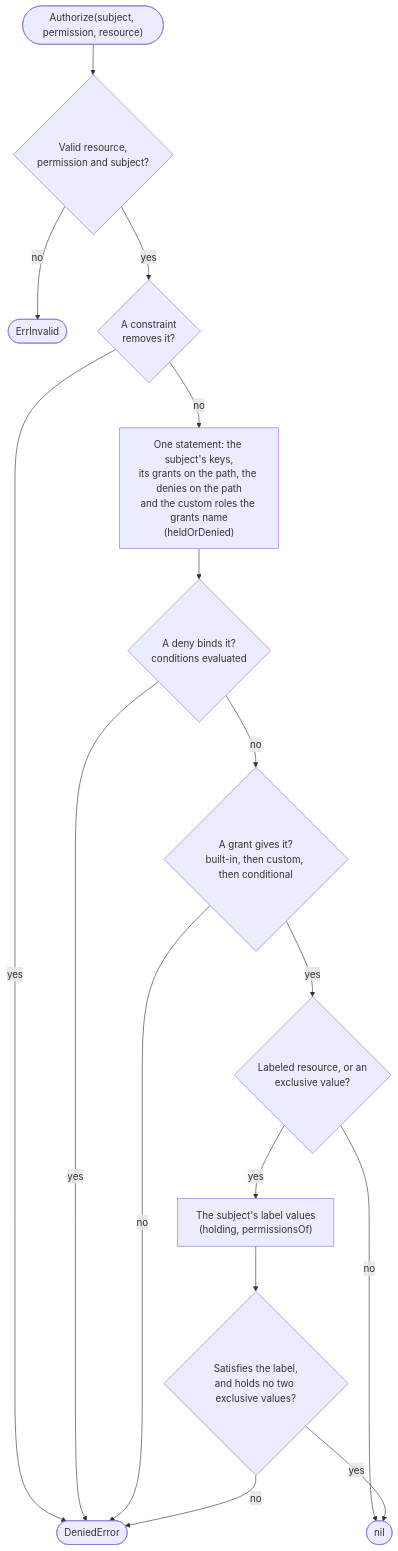
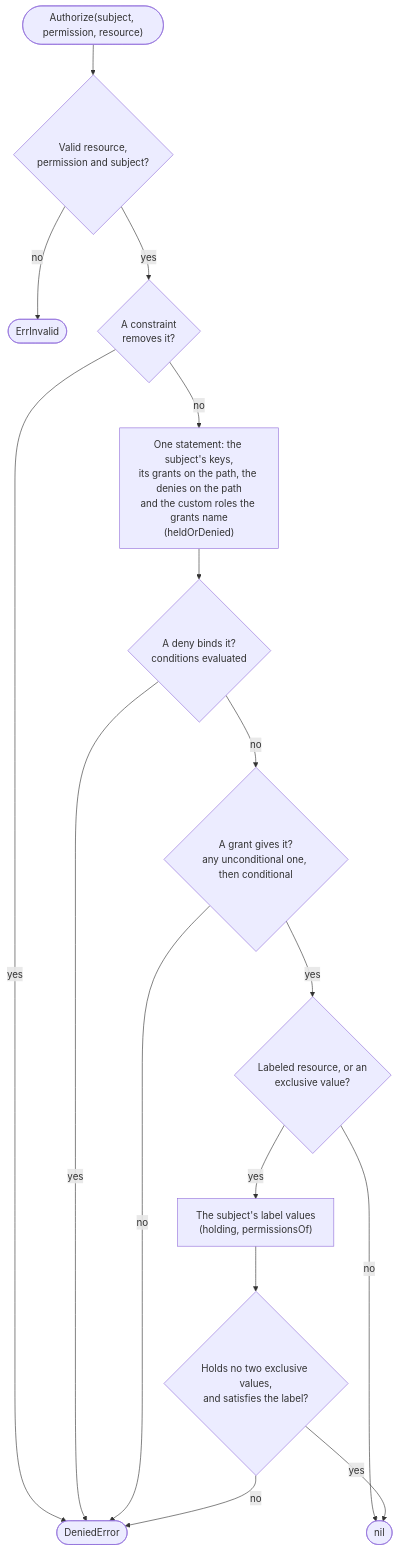
One commit to parallelworks/rbac changed the sixth of 13 diagrams in docs/architecture.md. Above: the diagram before and after it, drawn with Mermaid. The commit also changed other lines of this file, not shown here.

````diff
--- a/docs/architecture.md
+++ b/docs/architecture.md
@@ -271,18 +280,18 @@
 ```mermaid
 flowchart TB
     start(["Authorize(subject, permission, resource)"]) --> valid{"Valid resource,<br/>permission and subject?"}
     valid -->|no| invalid(["ErrInvalid"])
     valid -->|yes| cons{"A constraint<br/>removes it?"}
     cons -->|yes| refused(["DeniedError"])
     cons -->|no| read["One statement: the subject's keys,<br/>its grants on the path, the denies on the path<br/>and the custom roles the grants name<br/>(heldOrDenied)"]
     read --> deny{"A deny binds it?<br/>conditions evaluated"}
     deny -->|yes| refused
-    deny -->|no| grant{"A grant gives it?<br/>built-in, then custom, then conditional"}
+    deny -->|no| grant{"A grant gives it?<br/>any unconditional one, then conditional"}
     grant -->|no| refused
     grant -->|yes| asks{"Labeled resource, or an<br/>exclusive value?"}
     asks -->|no| allowed(["nil"])
     asks -->|yes| holding["The subject's label values<br/>(holding, permissionsOf)"]
-    holding --> sat{"Satisfies the label,<br/>and holds no two exclusive values?"}
+    holding --> sat{"Holds no two exclusive values,<br/>and satisfies the label?"}
     sat -->|yes| allowed
     sat -->|no| refused
 ```
````
